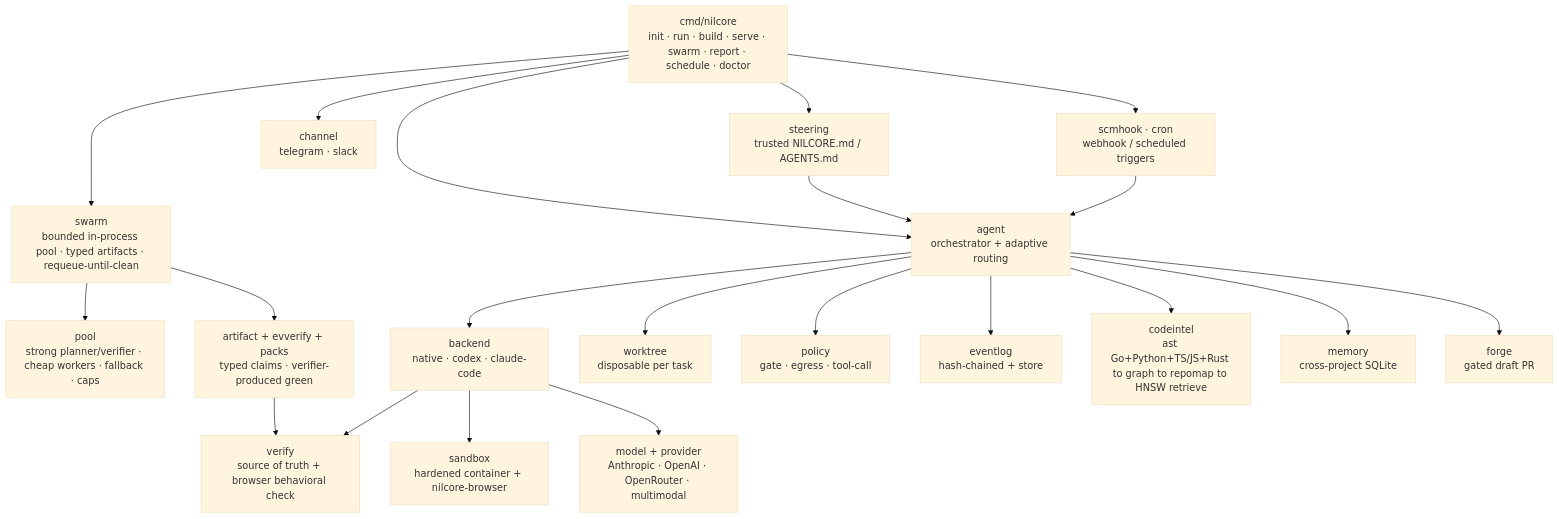
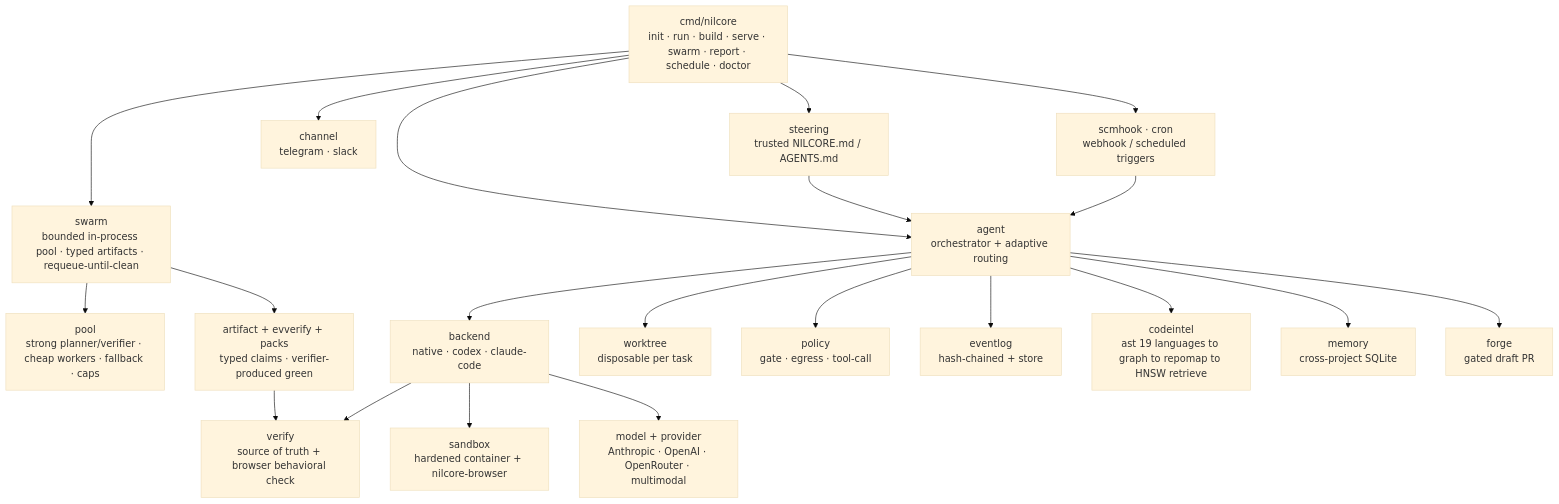
One commit to RNT56/NilCore changed the second of 2 diagrams in README.md. Above: the diagram before and after it, drawn with Mermaid (base theme). The commit also changed other lines of this file and 35 other files, not shown here.

````diff
--- a/README.md
+++ b/README.md
@@ -241,23 +241,23 @@
 ```mermaid
 flowchart TD
     CLI[cmd/nilcore<br/>init · run · build · serve · swarm · report · schedule · doctor] --> AGENT[agent<br/>orchestrator + adaptive routing]
     CLI --> STEER[steering<br/>trusted NILCORE.md / AGENTS.md]
     STEER --> AGENT
     CLI --> SWARM[swarm<br/>bounded in-process pool · typed artifacts · requeue-until-clean]
     SWARM --> POOL[pool<br/>strong planner/verifier · cheap workers · fallback · caps]
     SWARM --> ARTIFACT[artifact + evverify + packs<br/>typed claims · verifier-produced green]
     ARTIFACT --> VERIFY
     AGENT --> BK[backend<br/>native · codex · claude-code]
     AGENT --> WT[worktree<br/>disposable per task]
     BK --> MODEL[model + provider<br/>Anthropic · OpenAI · OpenRouter · multimodal]
     BK --> SANDBOX[sandbox<br/>hardened container + nilcore-browser]
     BK --> VERIFY[verify<br/>source of truth + browser behavioral check]
     AGENT --> POLICY[policy<br/>gate · egress · tool-call]
     AGENT --> LOG[eventlog<br/>hash-chained + store]
-    AGENT --> CI[codeintel<br/>ast Go+Python+TS/JS+Rust to graph to repomap to HNSW retrieve]
+    AGENT --> CI[codeintel<br/>ast 19 languages to graph to repomap to HNSW retrieve]
     AGENT --> MEM[memory<br/>cross-project SQLite]
     CLI --> CHAN[channel<br/>telegram · slack]
     CLI --> TRIG[scmhook · cron<br/>webhook / scheduled triggers]
     TRIG --> AGENT
     AGENT --> FORGE[forge<br/>gated draft PR]
 ```
````
